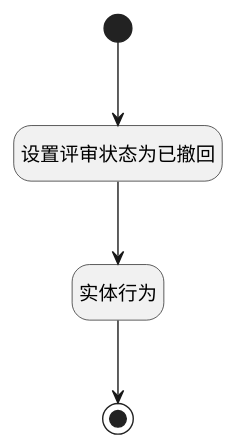
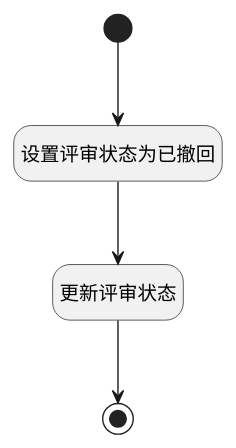
Before and after one commit to iBizLab/plm: the diagram in doc/docsify/module/TestMgmt/review/uilogic/repeal_review.md, drawn with PlantUML. The commit also changed other lines of this file and 1068 other files, not shown here.

````diff
--- a/doc/docsify/module/TestMgmt/review/uilogic/repeal_review.md
+++ b/doc/docsify/module/TestMgmt/review/uilogic/repeal_review.md
@@ -7,23 +7,23 @@
 ```plantuml
 @startuml
 hide footbox
 <style>
 root {
   HyperlinkColor #42b983
 }
 </style>
 
 hide empty description
 state "开始" as Begin <<start>> [[$./repeal_review#begin {开始}]]
-state "实体行为" as DEACTION1  [[$./repeal_review#deaction1 {实体行为}]]
 state "设置评审状态为已撤回" as PREPAREJSPARAM1  [[$./repeal_review#preparejsparam1 {设置评审状态为已撤回}]]
 state "结束" as END1 <<end>> [[$./repeal_review#end1 {结束}]]
+state "更新评审状态" as DEACTION1  [[$./repeal_review#deaction1 {更新评审状态}]]
 
 
 Begin --> PREPAREJSPARAM1
 PREPAREJSPARAM1 --> DEACTION1
 DEACTION1 --> END1
 
 
 @enduml
 ```
````
